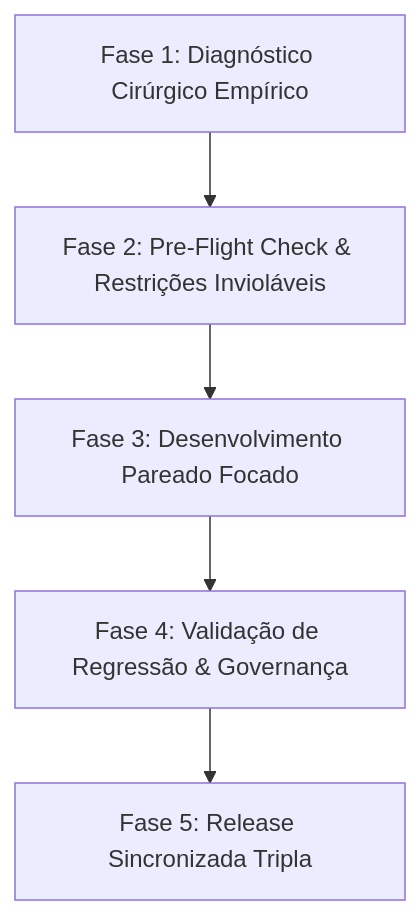
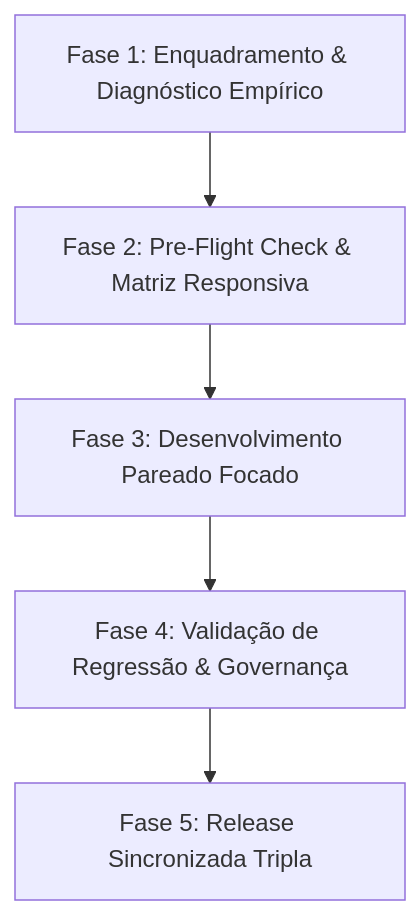
The diagram in skills/perfil-engenharia-eficiente/SKILL.md (halissonzanchin/aeternum-atlas), drawn with Mermaid before and after one commit. The commit also changed other lines of this file, not shown here.

````diff
--- a/skills/perfil-engenharia-eficiente/SKILL.md
+++ b/skills/perfil-engenharia-eficiente/SKILL.md
@@ -28,7 +51,7 @@
 ```mermaid
 graph TD
-    A[Fase 1: Diagnóstico Cirúrgico Empírico] --> B[Fase 2: Pre-Flight Check & Restrições Invioláveis]
+    A[Fase 1: Enquadramento & Diagnóstico Empírico] --> B[Fase 2: Pre-Flight Check & Matriz Responsiva]
     B --> C[Fase 3: Desenvolvimento Pareado Focado]
     C --> D[Fase 4: Validação de Regressão & Governança]
     D --> E[Fase 5: Release Sincronizada Tripla]
 ```
````
